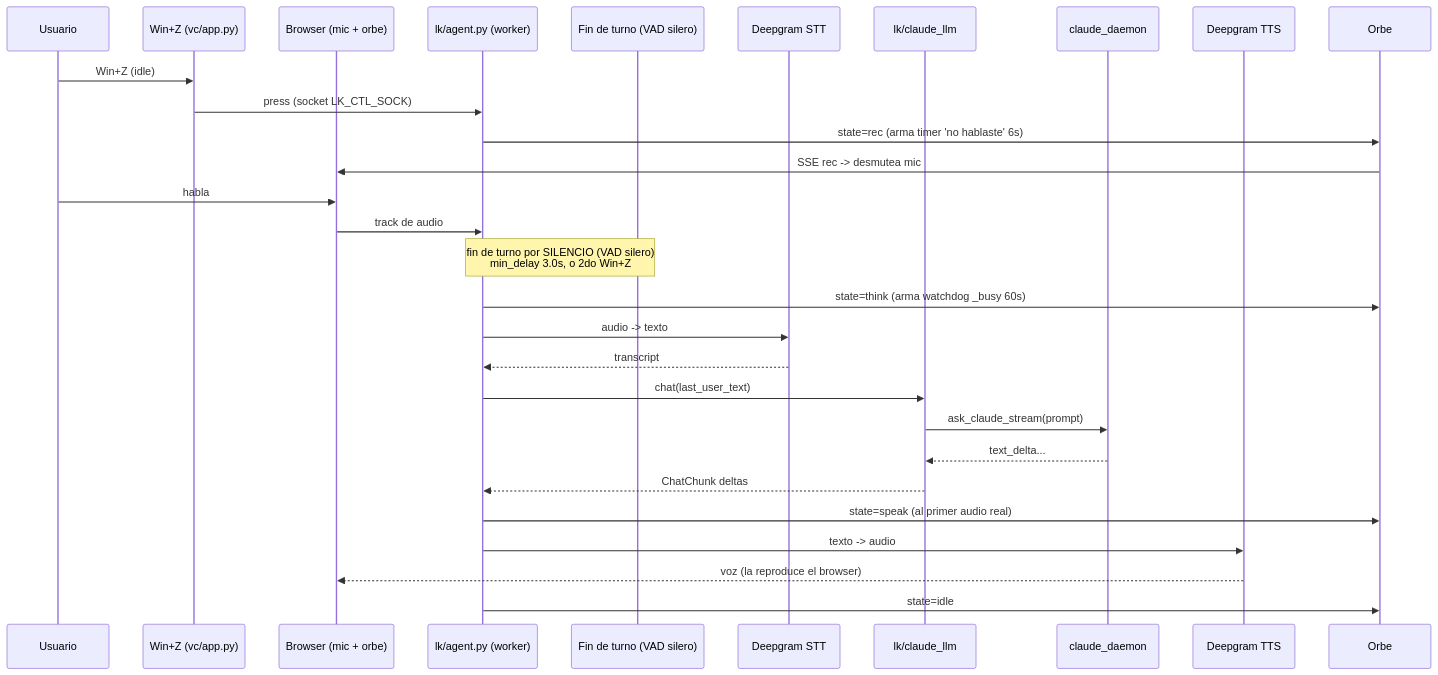
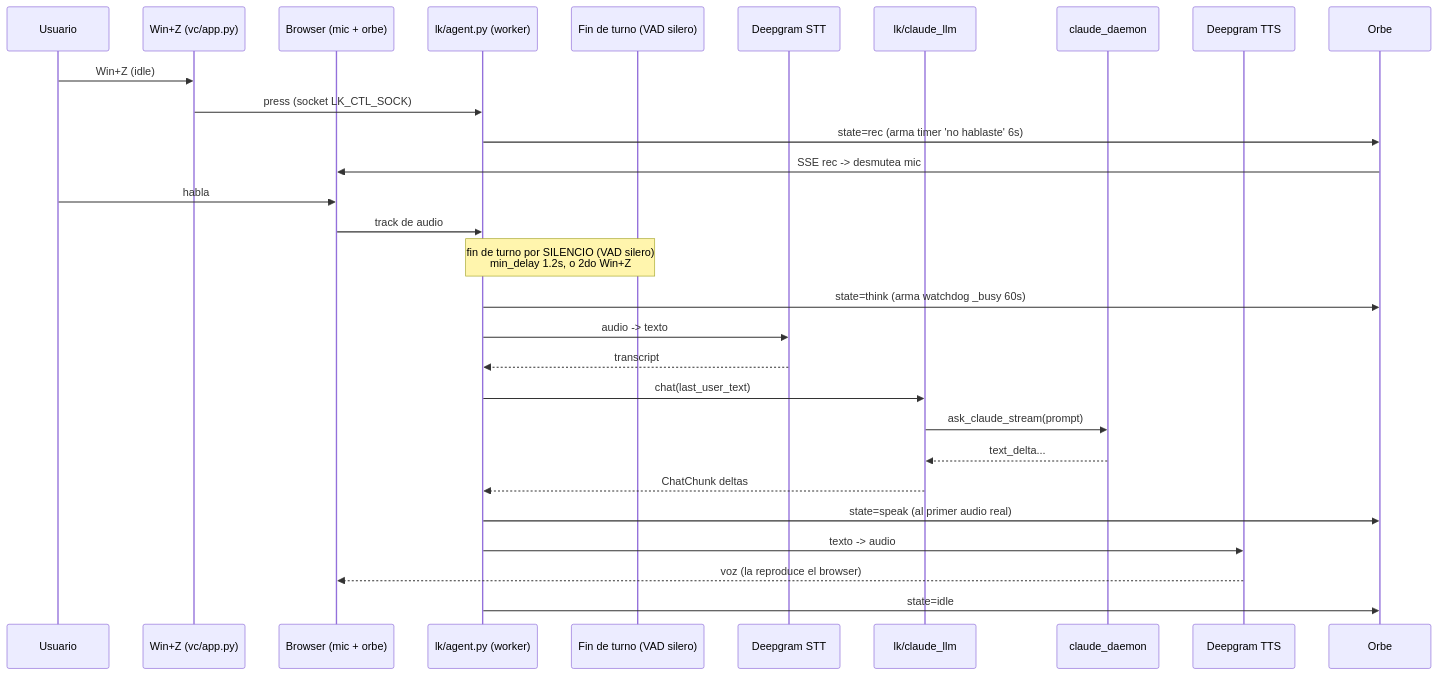
Before and after one commit to RenzoPS/saga: the diagram in docs/turn-flow.md, drawn with Mermaid. The commit also changed other lines of this file and 27 other files, not shown here.

````diff
--- a/docs/turn-flow.md
+++ b/docs/turn-flow.md
@@ -25,32 +47,32 @@
 ```mermaid
 sequenceDiagram
     participant U as Usuario
     participant K as Win+Z (vc/app.py)
     participant B as Browser (mic + orbe)
     participant A as lk/agent.py (worker)
     participant TD as Fin de turno (VAD silero)
     participant DG as Deepgram STT
     participant L as lk/claude_llm
     participant CD as claude_daemon
     participant T as Deepgram TTS
     participant O as Orbe
 
     U->>K: Win+Z (idle)
     K->>A: press (socket LK_CTL_SOCK)
     A->>O: state=rec  (arma timer 'no hablaste' 6s)
     O->>B: SSE rec -> desmutea mic
     U->>B: habla
     B->>A: track de audio
-    Note over A,TD: fin de turno por SILENCIO (VAD silero)<br/>min_delay 3.0s, o 2do Win+Z
+    Note over A,TD: fin de turno por SILENCIO (VAD silero)<br/>min_delay 1.2s, o 2do Win+Z
     A->>O: state=think  (arma watchdog _busy 60s)
     A->>DG: audio -> texto
     DG-->>A: transcript
     A->>L: chat(last_user_text)
     L->>CD: ask_claude_stream(prompt)
     CD-->>L: text_delta...
     L-->>A: ChatChunk deltas
     A->>O: state=speak (al primer audio real)
     A->>T: texto -> audio
     T-->>B: voz (la reproduce el browser)
     A->>O: state=idle
 ```
````
